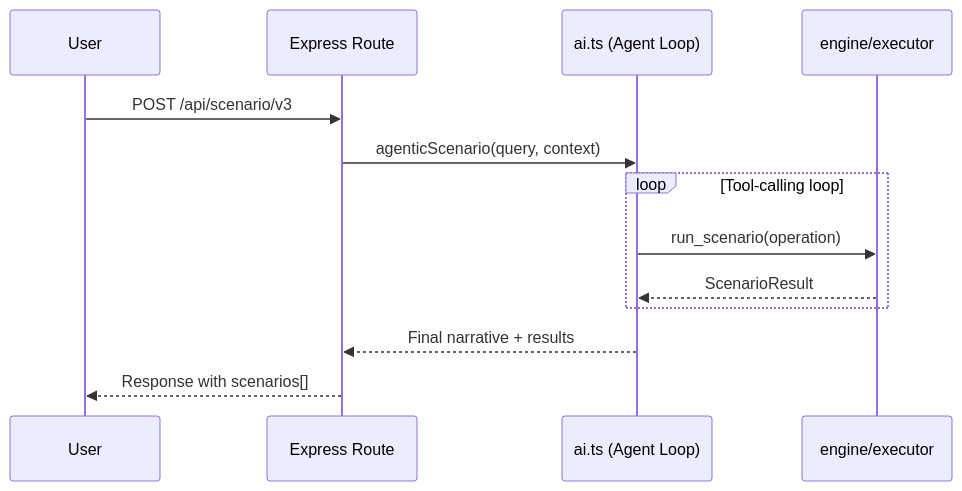
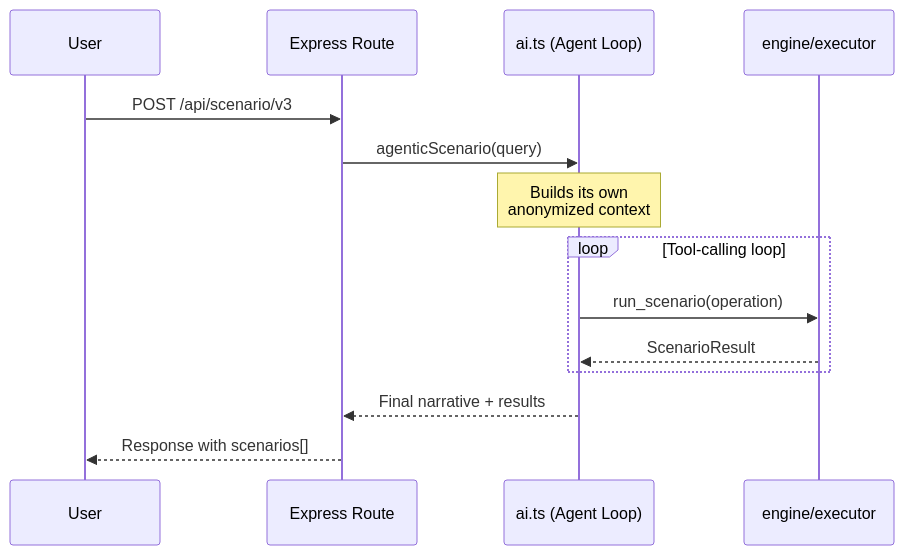
Before and after one commit to tafreeman/financial-scenario-engine: the second of 2 diagrams in docs/guide/ai-workflows.md, drawn with Mermaid. The commit also changed other lines of this file and 9 other files, not shown here.

````diff
--- a/docs/guide/ai-workflows.md
+++ b/docs/guide/ai-workflows.md
@@ -40,16 +42,17 @@
 ```mermaid
 sequenceDiagram
     participant U as User
     participant R as Express Route
     participant AI as ai.ts (Agent Loop)
     participant E as engine/executor
 
     U->>R: POST /api/scenario/v3
-    R->>AI: agenticScenario(query, context)
+    R->>AI: agenticScenario(query)
+    Note over AI: Builds its own<br/>anonymized context
     loop Tool-calling loop
         AI->>E: run_scenario(operation)
         E-->>AI: ScenarioResult
     end
     AI-->>R: Final narrative + results
     R-->>U: Response with scenarios[]
 ```
````
